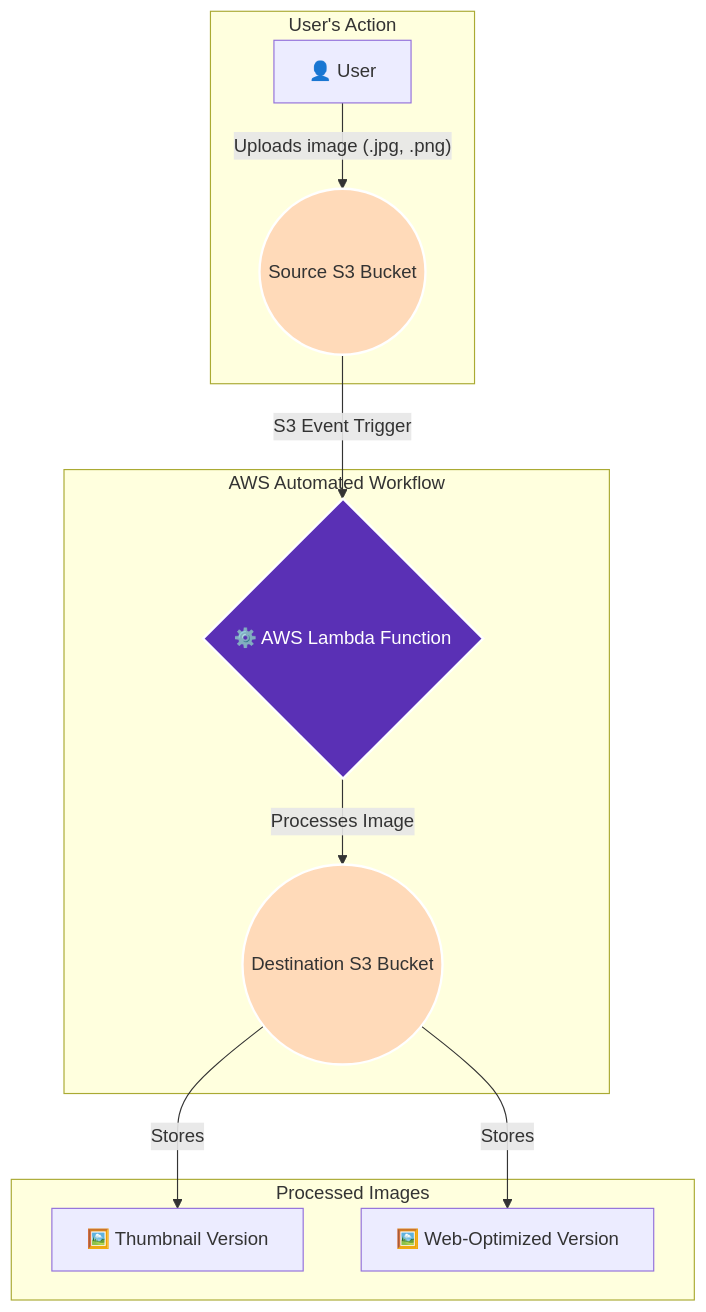
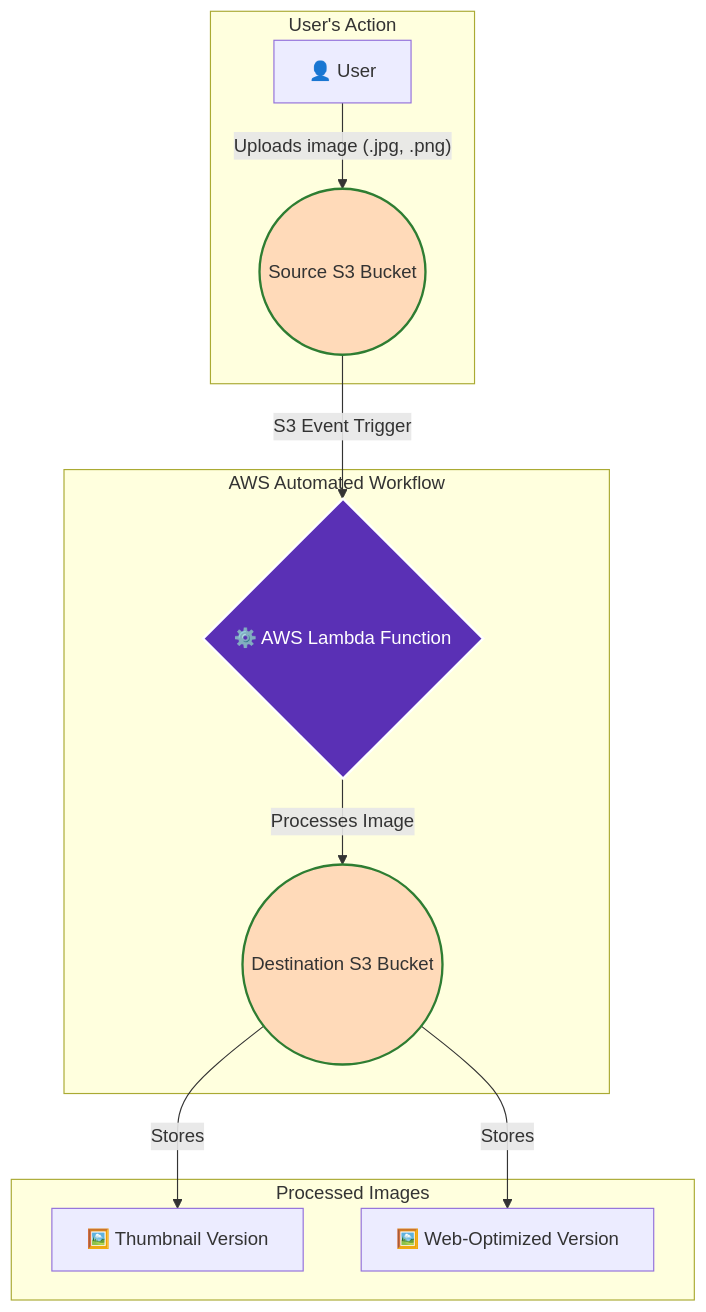
Before and after one commit to yashuhs/aws-image-processing-pipeline: the diagram in README.md, drawn with Mermaid.

````diff
--- a/README.md
+++ b/README.md
@@ -9,20 +9,20 @@
 ```mermaid
 graph TD;
     subgraph "User's Action"
         A[👤 User] -- Uploads image (.jpg, .png) --> B((Source S3 Bucket));
     end
 
     subgraph "AWS Automated Workflow"
         B -- S3 Event Trigger --> C{⚙️ AWS Lambda Function};
         C -- Processes Image --> D((Destination S3 Bucket));
     end
 
     subgraph "Processed Images"
         D -- Stores --> E[🖼️ Thumbnail Version];
         D -- Stores --> F[🖼️ Web-Optimized Version];
     end
 
-    style B fill:#FFDAB9,stroke:#FFFFFF,stroke-width:2px
-    style D fill:#FFDAB9,stroke:#FFFFFF,stroke-width:2px
+    style B fill:#FFDAB9,stroke:#2E7D32,stroke-width:2px
+    style D fill:#FFDAB9,stroke:#2E7D32,stroke-width:2px
     style C fill:#5A30B5,stroke:#FFFFFF,stroke-width:2px,color:#FFFFFF
 ```
````
